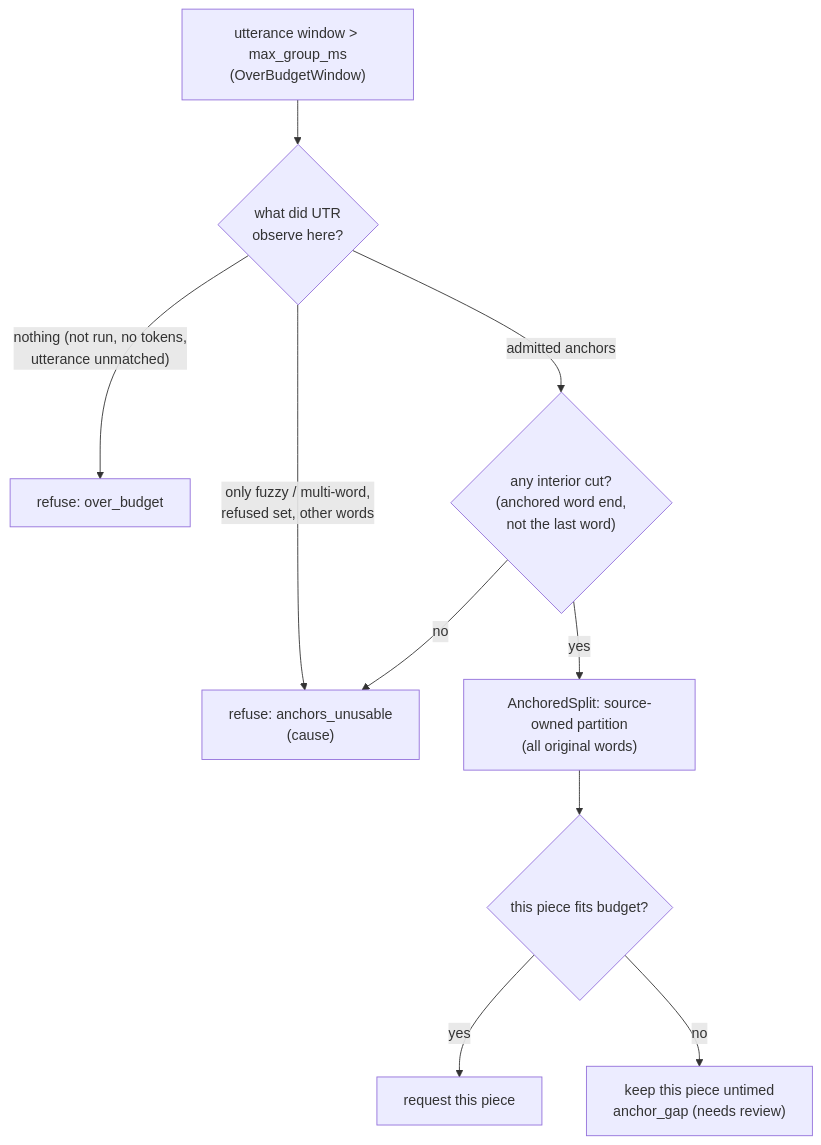
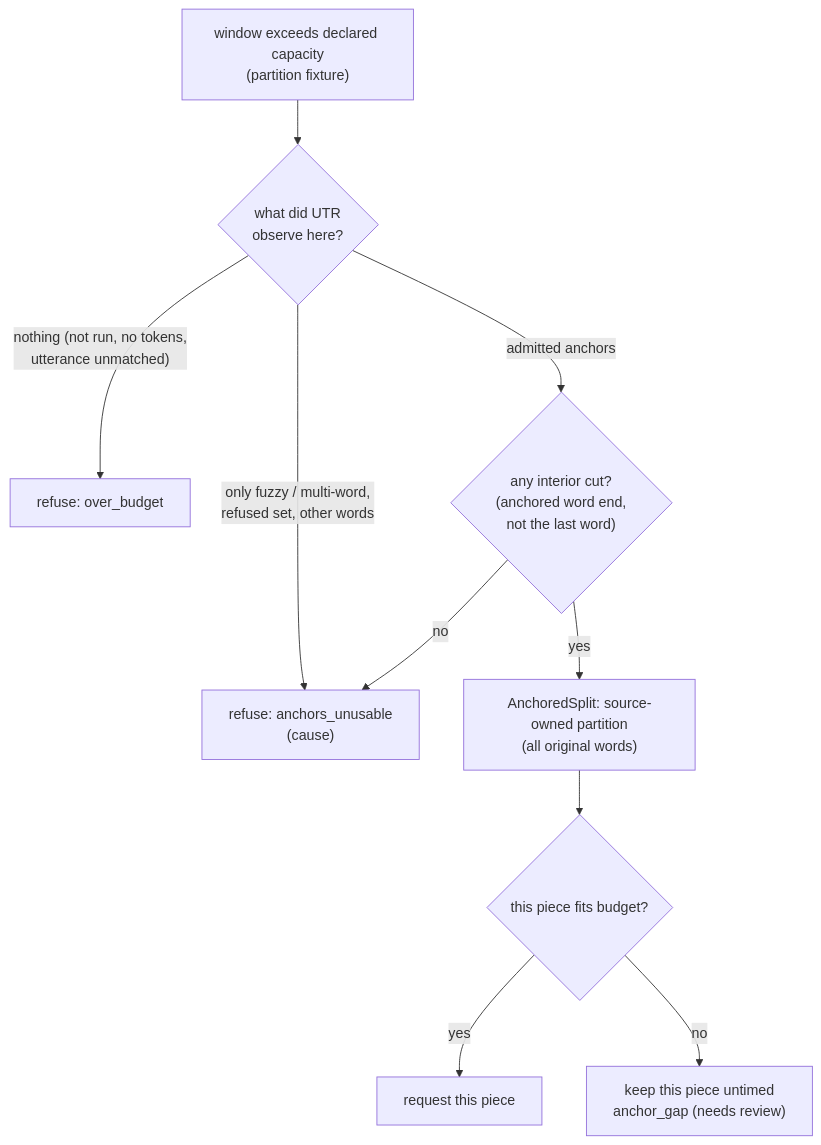
The seventh of 16 diagrams in book/src/batchalign/reference/forced-alignment.md (FranklinChen/talkbank-tools), drawn with Mermaid before and after one commit. The commit also changed other lines of this file and 523 other files, not shown here.

````diff
--- a/book/src/batchalign/reference/forced-alignment.md
+++ b/book/src/batchalign/reference/forced-alignment.md
@@ -1153,21 +1134,21 @@
 ```mermaid
 flowchart TD
-    long["utterance window > max_group_ms<br/>(OverBudgetWindow)"]
+    long["window exceeds declared capacity<br/>(partition fixture)"]
     lookup{"what did UTR<br/>observe here?"}
     cuts{"any interior cut?<br/>(anchored word end,<br/>not the last word)"}
     split["AnchoredSplit: source-owned partition<br/>(all original words)"]
     gap{"this piece fits budget?"}
     request["request this piece"]
     refuse_gap["keep this piece untimed<br/>anchor_gap (needs review)"]
     refuse_unusable["refuse: anchors_unusable<br/>(cause)"]
     refuse_over["refuse: over_budget"]
     long --> lookup
     lookup -->|"nothing (not run, no tokens,<br/>utterance unmatched)"| refuse_over
     lookup -->|"only fuzzy / multi-word,<br/>refused set, other words"| refuse_unusable
     lookup -->|"admitted anchors"| cuts
     cuts -->|"no"| refuse_unusable
     cuts -->|"yes"| split
     split --> gap
     gap -->|"yes"| request
     gap -->|"no"| refuse_gap
 ```
````
